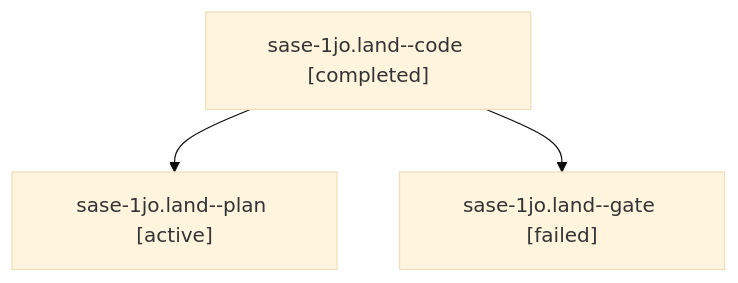
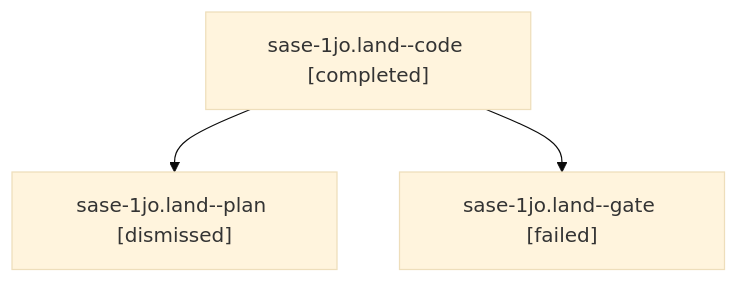
One commit to sase-org/sase--agents changed the diagram in sessions/bbugyi200.apollo.sase-1jo.land.md. Above: the diagram before and after it, drawn with Mermaid (base theme). The commit also changed other lines of this file and 90 other files, not shown here.

````diff
--- a/sessions/bbugyi200.apollo.sase-1jo.land.md
+++ b/sessions/bbugyi200.apollo.sase-1jo.land.md
@@ -9,8 +9,8 @@
 ```mermaid
 flowchart TD
   n0["sase-1jo.land--code [completed]"]
-  n1["sase-1jo.land--plan [active]"]
+  n1["sase-1jo.land--plan [dismissed]"]
   n0 --> n1
   n2["sase-1jo.land--gate [failed]"]
   n0 --> n2
 ```
````
